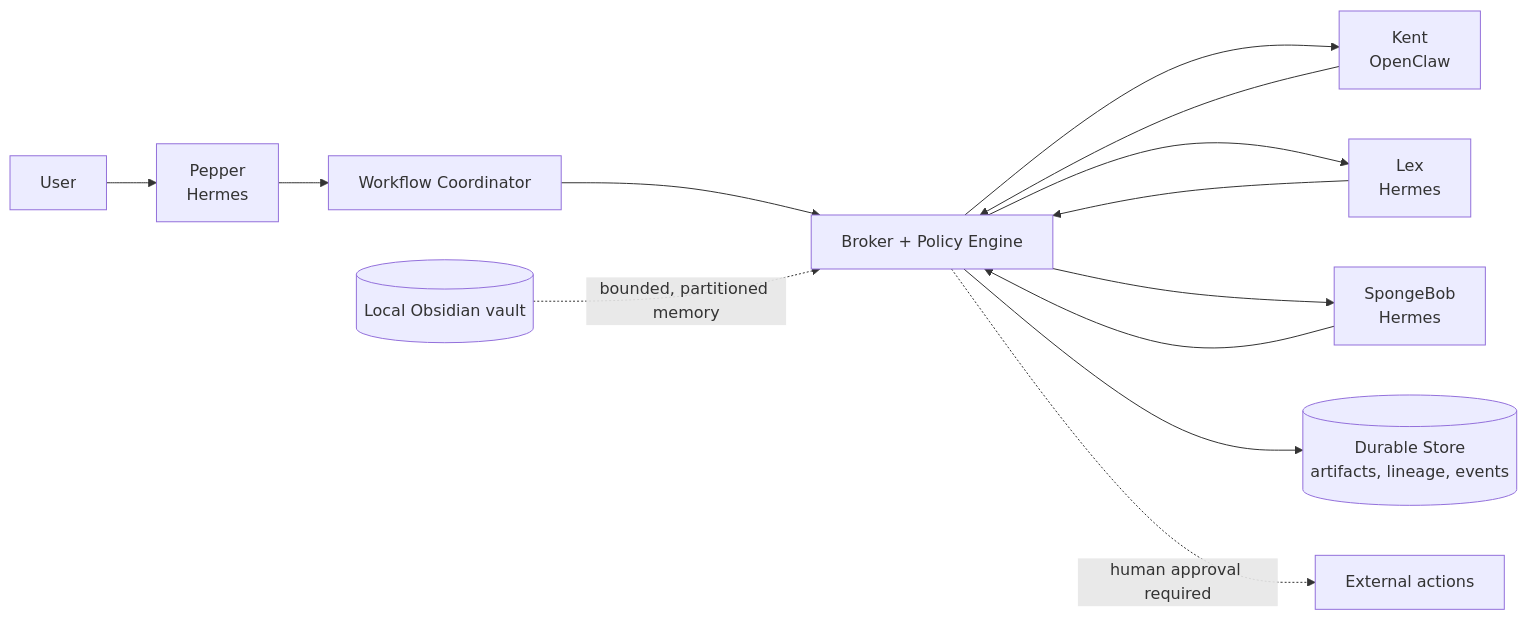
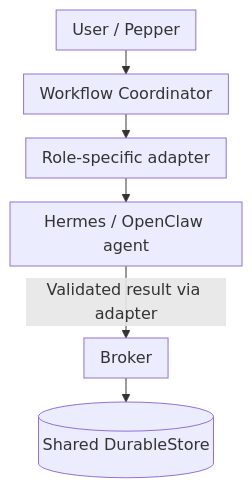
The diagram in README.md (kartikhth-byte/AI-Workforce-Showcase), drawn with Mermaid before and after one commit. The commit also changed other lines of this file and 3 other files, not shown here.

Commit message:
Correct showcase architecture and workflow boundaries

````diff
--- a/README.md
+++ b/README.md
@@ -24,15 +24,15 @@
 ```mermaid
-flowchart LR
-    U[User] --> P[Pepper<br/>Hermes]
-    P --> W[Workflow Coordinator]
-    W --> B[Broker + Policy Engine]
-    B --> K[Kent<br/>OpenClaw]
-    B --> L[Lex<br/>Hermes]
-    B --> S[SpongeBob<br/>Hermes]
-    B --> D[(Durable Store<br/>artifacts, lineage, events)]
-    K --> B
-    L --> B
-    S --> B
-    M[(Local Obsidian vault)] -. bounded, partitioned memory .-> B
-    B -. human approval required .-> X[External actions]
+---
+config:
+  flowchart:
+    nodeSpacing: 12
+    rankSpacing: 24
+    padding: 8
+---
+flowchart TD
+    U[User / Pepper] --> C[Workflow Coordinator]
+    C --> A[Role-specific adapter]
+    A --> H[Hermes / OpenClaw agent]
+    H -->|Validated result via adapter| B[Broker]
+    B --> D[(Shared DurableStore)]
 ```
````
